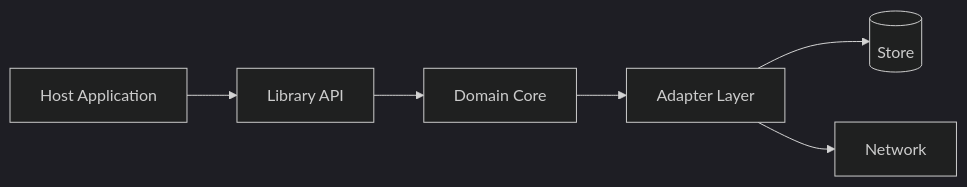
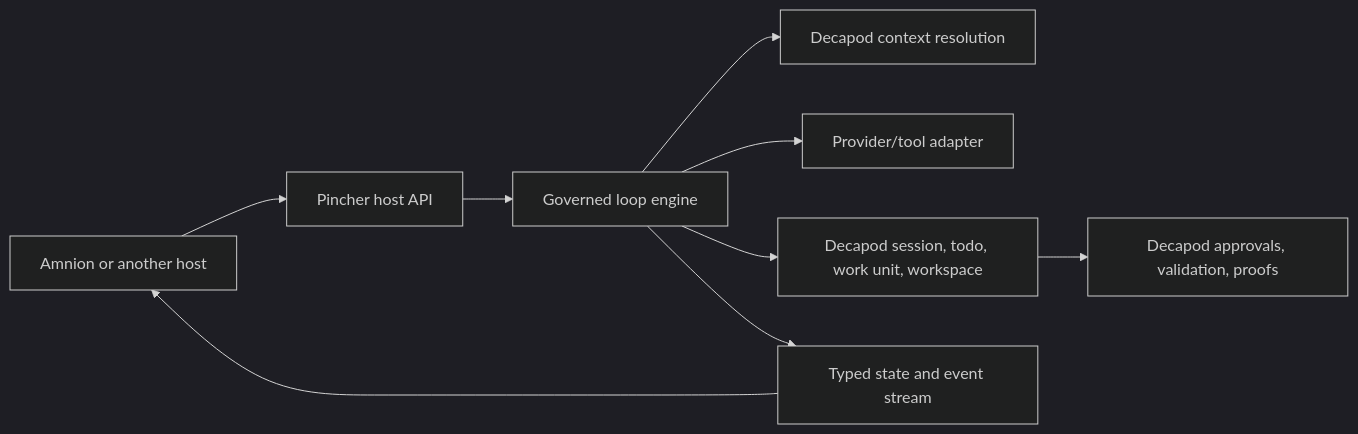
One commit to DecapodLabs/pincher changed the diagram in .decapod/generated/specs/ARCHITECTURE.md. Above: the diagram before and after it, drawn with Mermaid (dark theme). The commit also changed other lines of this file and 19 other files, not shown here.

Commit message:
docs: split pincher loop engine from amnion UI

````diff
--- a/.decapod/generated/specs/ARCHITECTURE.md
+++ b/.decapod/generated/specs/ARCHITECTURE.md
@@ -54,8 +46,11 @@
 ```mermaid
 flowchart LR
-  H[Host Application] --> L[Library API]
-  L --> D[Domain Core]
-  D --> AD[Adapter Layer]
-  AD --> DB[(Store)]
-  AD --> N[Network]
+  H[Amnion or another host] --> API[Pincher host API]
+  API --> LOOP[Governed loop engine]
+  LOOP --> CTX[Decapod context resolution]
+  LOOP --> PROVIDER[Provider/tool adapter]
+  LOOP --> CUSTODY[Decapod session, todo, work unit, workspace]
+  LOOP --> EVENTS[Typed state and event stream]
+  CUSTODY --> GATES[Decapod approvals, validation, proofs]
+  EVENTS --> H
 ```
````
